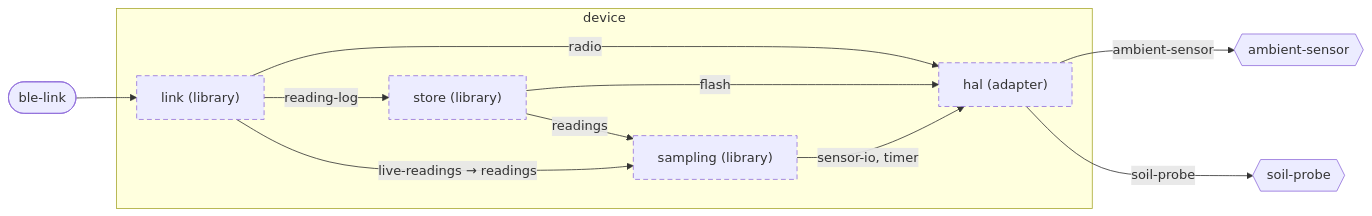
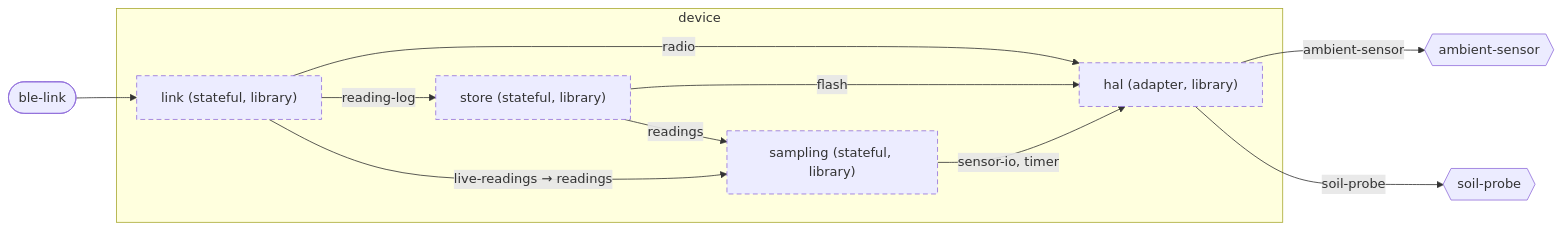
One commit to wackazong/unifold changed the diagram in examples/plantwatch/device/docs/diagrams/component.md. Above: the diagram before and after it, drawn with Mermaid. The commit also changed other lines of this file and 216 other files, not shown here.

````diff
--- a/examples/plantwatch/device/docs/diagrams/component.md
+++ b/examples/plantwatch/device/docs/diagrams/component.md
@@ -8,26 +8,26 @@
 ```mermaid
 flowchart LR
   subgraph u_device["device"]
-    u_device__hal["hal (adapter)"]
-    u_device__link["link (library)"]
-    u_device__sampling["sampling (library)"]
-    u_device__store["store (library)"]
+    u_device__hal["hal (adapter, library)"]
+    u_device__link["link (stateful, library)"]
+    u_device__sampling["sampling (stateful, library)"]
+    u_device__store["store (stateful, library)"]
   end
   n_device___ambient_dsensor{{"ambient-sensor"}}
   n_device___soil_dprobe{{"soil-probe"}}
   p_device___ble_dlink(["ble-link"])
   u_device__sampling -->|"sensor-io, timer"| u_device__hal
   u_device__store -->|"flash"| u_device__hal
   u_device__store -->|"readings"| u_device__sampling
   u_device__link -->|"radio"| u_device__hal
   u_device__link -->|"reading-log"| u_device__store
   u_device__link -->|"live-readings → readings"| u_device__sampling
   u_device__hal -->|"ambient-sensor"| n_device___ambient_dsensor
   u_device__hal -->|"soil-probe"| n_device___soil_dprobe
   p_device___ble_dlink --> u_device__link
   classDef focus stroke-width:4px
   classDef planned stroke-dasharray:6 4
   classDef deprecated stroke-dasharray:2 2,opacity:0.6
   classDef plain stroke-dasharray:2 3
   class u_device__hal,u_device__link,u_device__sampling,u_device__store planned
 ```
````
